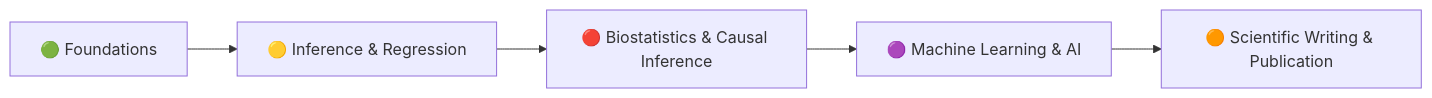
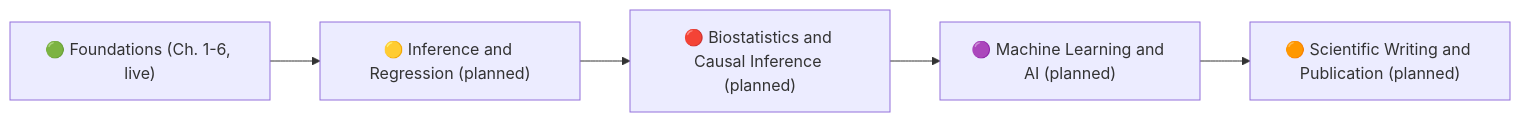
One commit to muhammadsalek/statistics-for-scientists changed the fifth of 5 diagrams in README.md. Above: the diagram before and after it, drawn with Mermaid. The commit also changed other lines of this file, not shown here.

````diff
--- a/README.md
+++ b/README.md
@@ -535,7 +542,7 @@
 ```mermaid
 flowchart LR
-    A[🟢 Foundations] --> B[🟡 Inference & Regression]
-    B --> C[🔴 Biostatistics & Causal Inference]
-    C --> D[🟣 Machine Learning & AI]
-    D --> E[🟠 Scientific Writing & Publication]
+    A["🟢 Foundations (Ch. 1-6, live)"] --> B["🟡 Inference and Regression (planned)"]
+    B --> C["🔴 Biostatistics and Causal Inference (planned)"]
+    C --> D["🟣 Machine Learning and AI (planned)"]
+    D --> E["🟠 Scientific Writing and Publication (planned)"]
 ```
````
